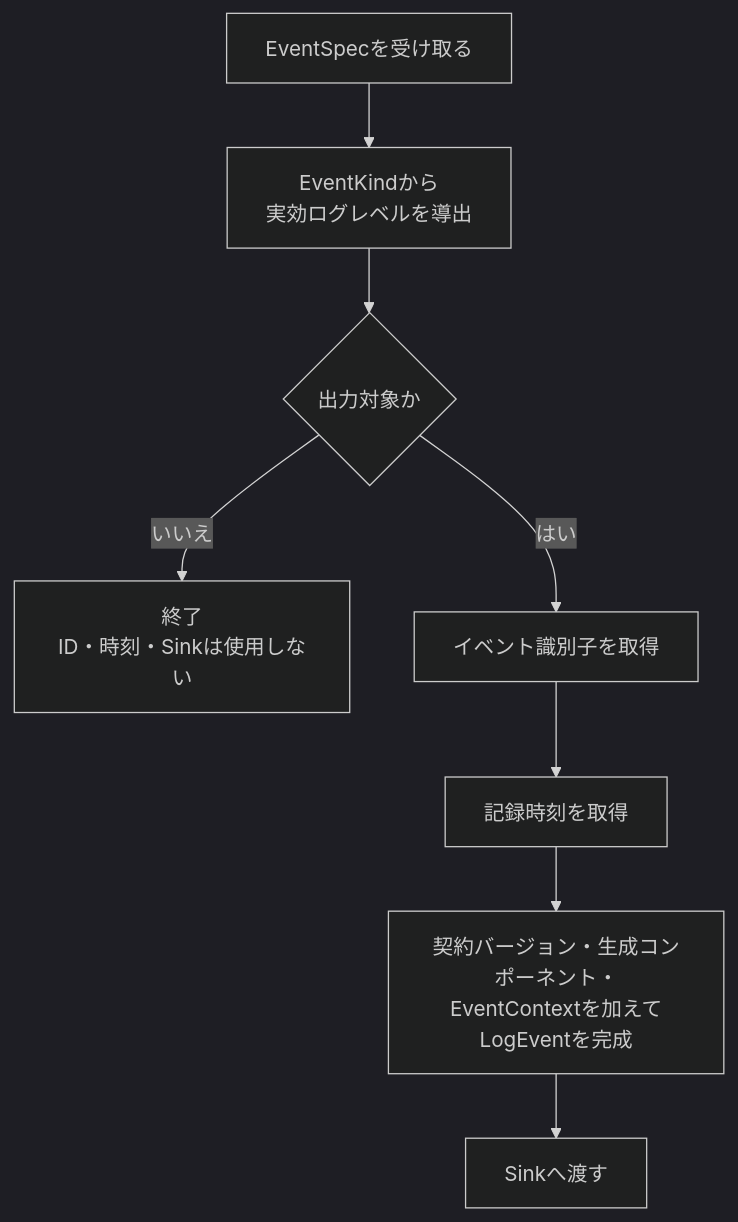
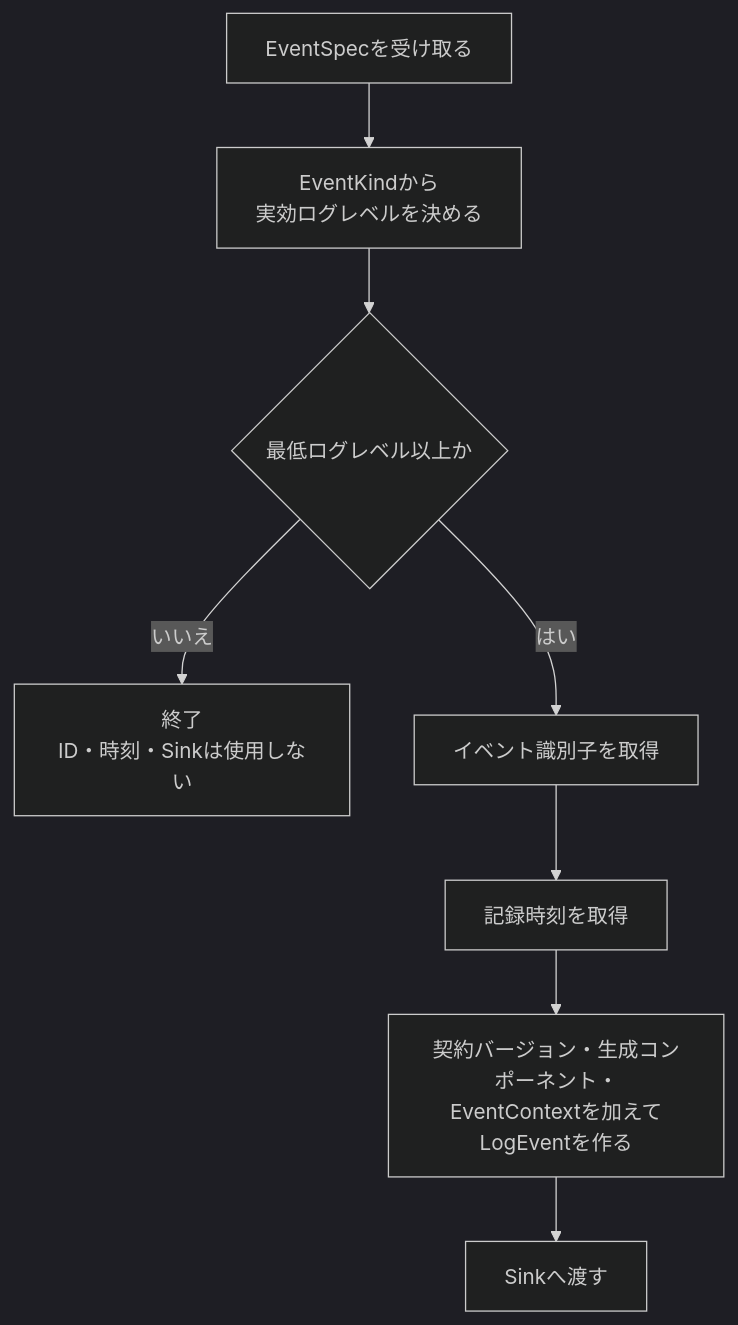
The second of 2 diagrams in project-docs/design/structured-logging/AI推論サービス構造化ログ設計.md (takashit16833/RAGScope), drawn with Mermaid (dark theme) before and after one commit. The commit also changed other lines of this file, not shown here.

````diff
--- a/project-docs/design/structured-logging/AI推論サービス構造化ログ設計.md
+++ b/project-docs/design/structured-logging/AI推論サービス構造化ログ設計.md
@@ -33,10 +44,10 @@
 ```mermaid
 flowchart TD
-    Spec["EventSpecを受け取る"] --> Level["EventKindから<br>実効ログレベルを導出"]
-    Level --> Filter{"出力対象か"}
+    Spec["EventSpecを受け取る"] --> Level["EventKindから<br>実効ログレベルを決める"]
+    Level --> Filter{"最低ログレベル以上か"}
     Filter -->|"いいえ"| End["終了<br>ID・時刻・Sinkは使用しない"]
     Filter -->|"はい"| EventId["イベント識別子を取得"]
     EventId --> Clock["記録時刻を取得"]
-    Clock --> Complete["契約バージョン・生成コンポーネント・<br>EventContextを加えてLogEventを完成"]
+    Clock --> Complete["契約バージョン・生成コンポーネント・<br>EventContextを加えてLogEventを作る"]
     Complete --> Sink["Sinkへ渡す"]
 ```
````
